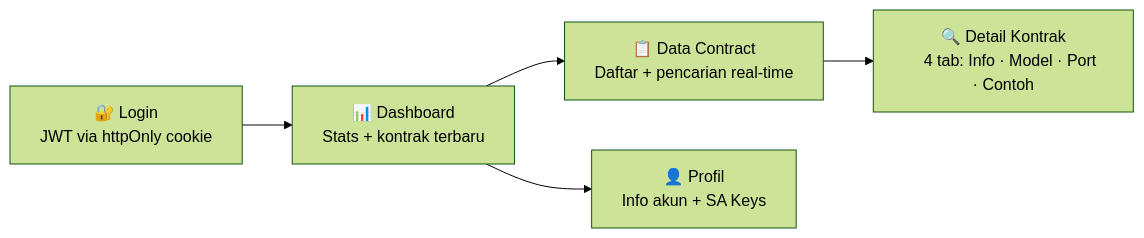
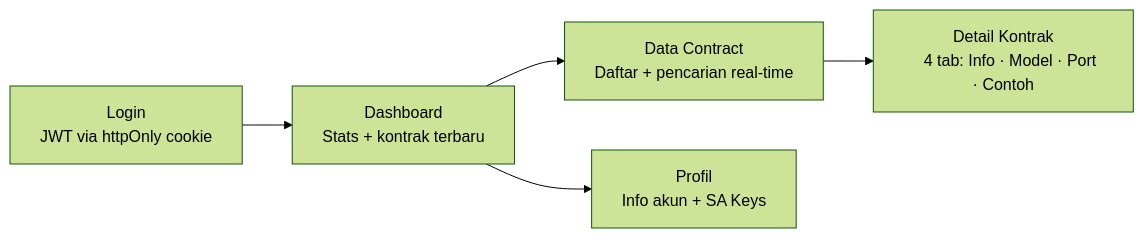
One commit to alamanda-projects/beescout changed the third of 6 diagrams in README.md. Above: the diagram before and after it, drawn with Mermaid (forest theme). The commit also changed other lines of this file and 1 other file, not shown here.

````diff
--- a/README.md
+++ b/README.md
@@ -111,14 +148,14 @@
 ```mermaid
 flowchart LR
-    Login["🔐 Login
+    Login["Login
     JWT via httpOnly cookie"] --> Dashboard
-    Dashboard["📊 Dashboard
+    Dashboard["Dashboard
     Stats + kontrak terbaru"] --> Contracts
-    Contracts["📋 Data Contract
+    Contracts["Data Contract
     Daftar + pencarian real-time"] --> Detail
-    Detail["🔍 Detail Kontrak
+    Detail["Detail Kontrak
     4 tab: Info · Model · Port · Contoh"]
     Dashboard --> Profile
-    Profile["👤 Profil
+    Profile["Profil
     Info akun + SA Keys"]
 ```
````
